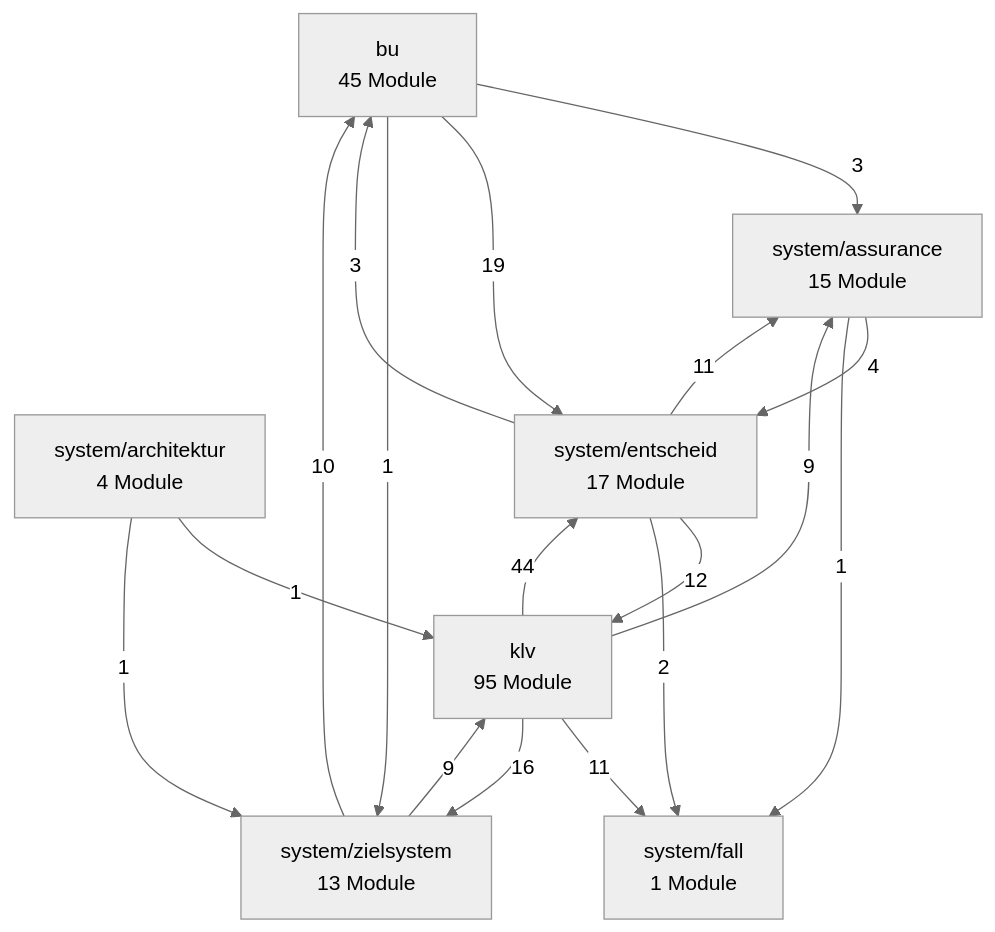
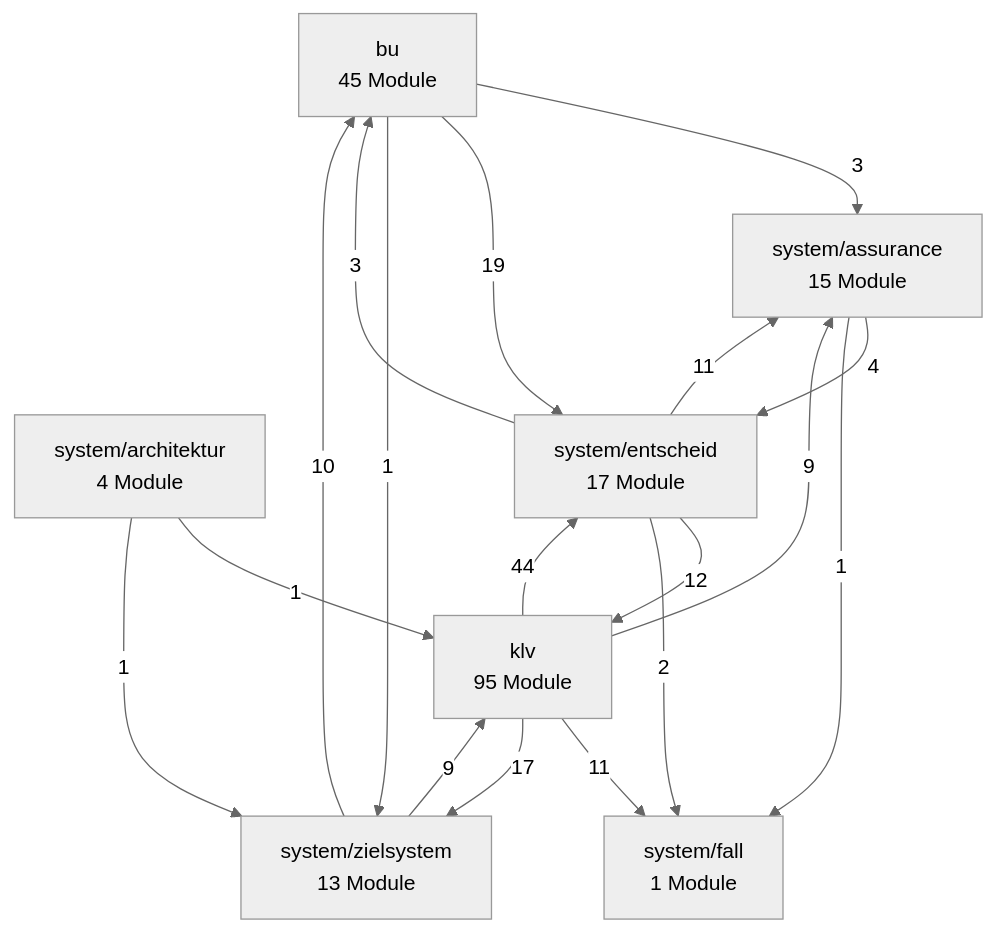
The second of 3 diagrams in docs/architektur/landkarte.md (bartlmac/rechner-pipeline), drawn with Mermaid (neutral theme) before and after one commit. The commit also changed other lines of this file and 7 other files, not shown here.

````diff
--- a/docs/architektur/landkarte.md
+++ b/docs/architektur/landkarte.md
@@ -88,28 +88,28 @@
 ```mermaid
 %% Fachknoten — erzeugt von ontologie.landkarte
 flowchart TD
     bu["bu<br/>45 Module"]
     klv["klv<br/>95 Module"]
     system_architektur["system/architektur<br/>4 Module"]
     system_assurance["system/assurance<br/>15 Module"]
     system_entscheid["system/entscheid<br/>17 Module"]
     system_fall["system/fall<br/>1 Module"]
     system_zielsystem["system/zielsystem<br/>13 Module"]
     bu -- 3 --> system_assurance
     bu -- 19 --> system_entscheid
     bu -- 1 --> system_zielsystem
     klv -- 9 --> system_assurance
     klv -- 44 --> system_entscheid
     klv -- 11 --> system_fall
-    klv -- 16 --> system_zielsystem
+    klv -- 17 --> system_zielsystem
     system_architektur -- 1 --> klv
     system_architektur -- 1 --> system_zielsystem
     system_assurance -- 4 --> system_entscheid
     system_assurance -- 1 --> system_fall
     system_entscheid -- 3 --> bu
     system_entscheid -- 12 --> klv
     system_entscheid -- 11 --> system_assurance
     system_entscheid -- 2 --> system_fall
     system_zielsystem -- 10 --> bu
     system_zielsystem -- 9 --> klv
 ```
````
